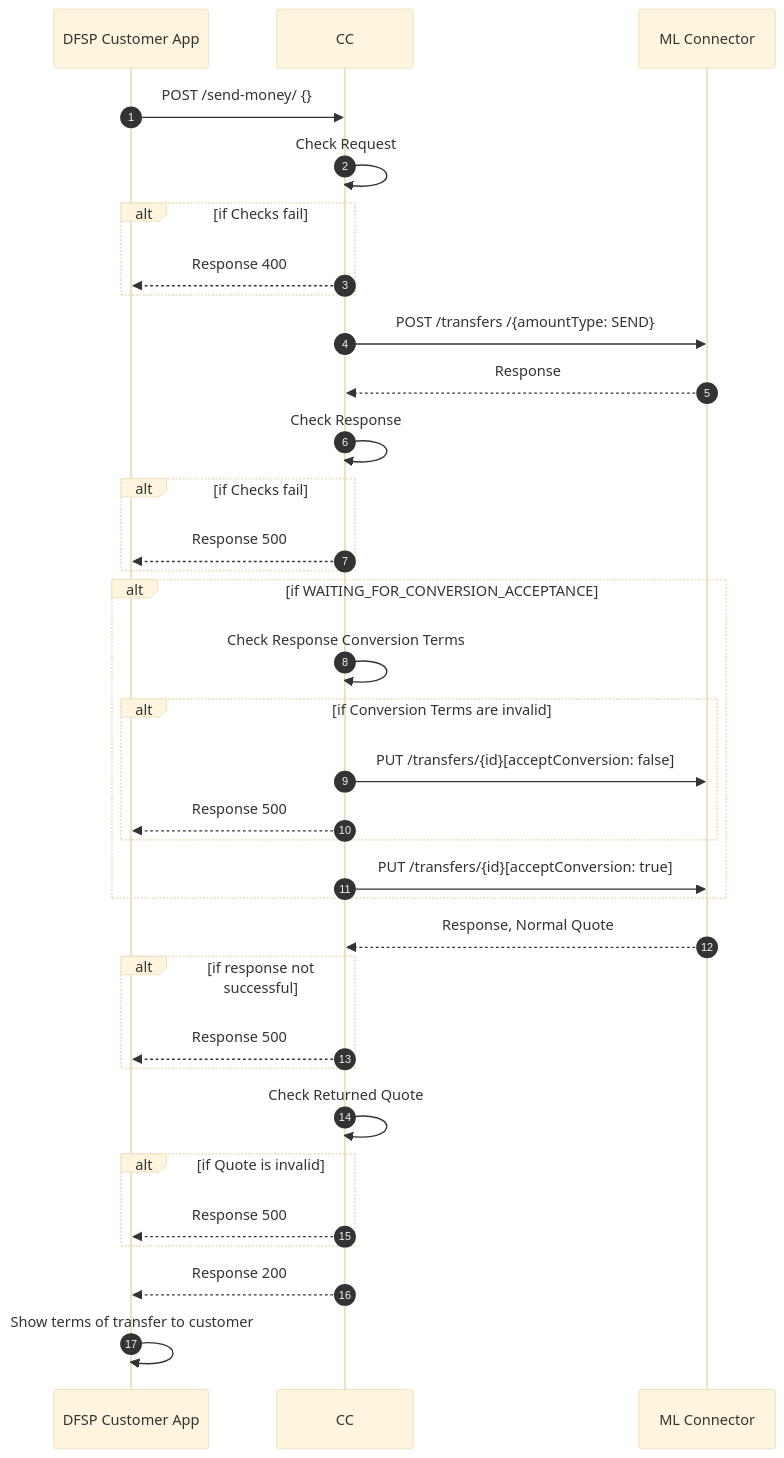
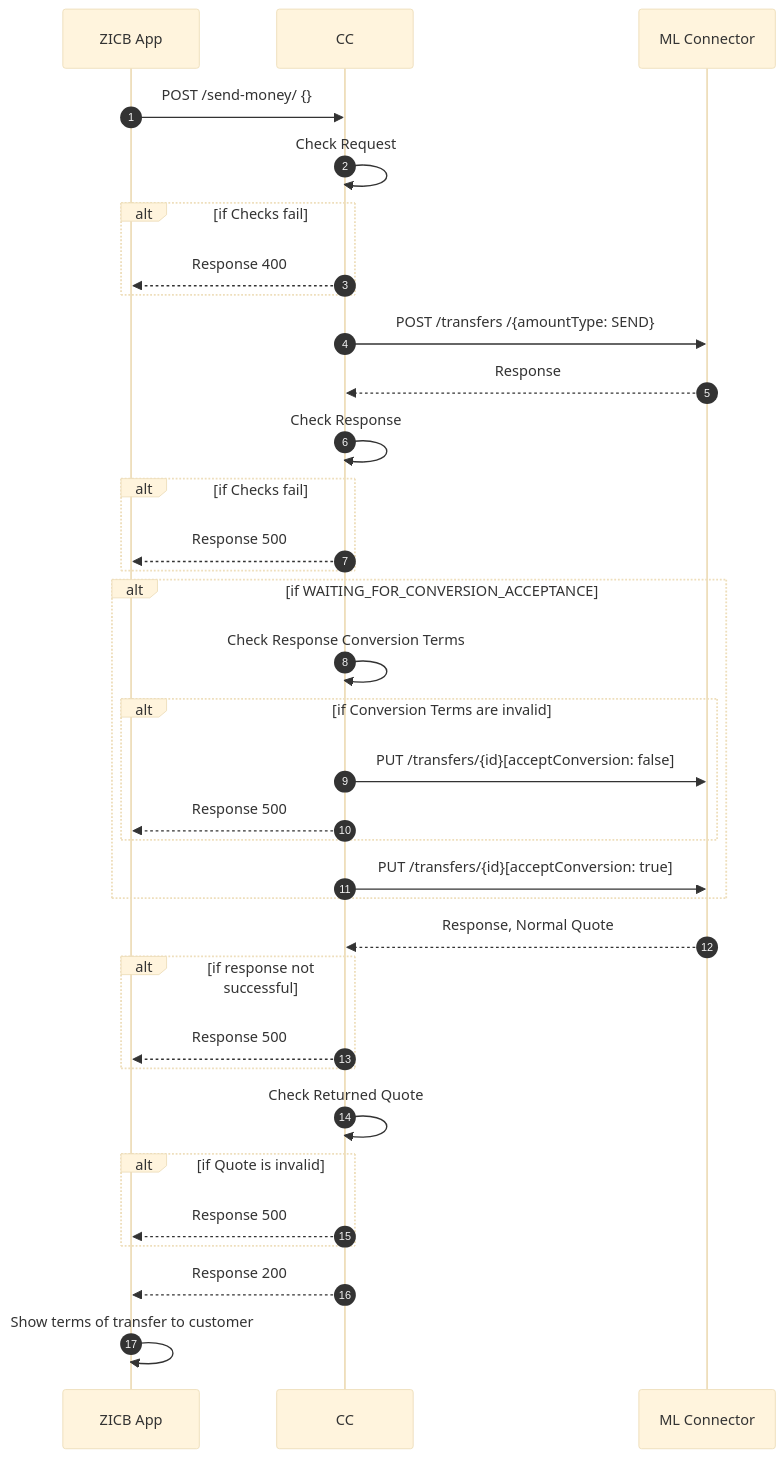
One commit to mojaloop/ml-reference-connectors changed the diagram in zicb-zm-core-connector/docs/payer/payer-send-money.md. Above: the diagram before and after it, drawn with Mermaid (base theme). The commit also changed other lines of this file and 12 other files, not shown here.

Commit message:
chore: updated sequence diagrams

````diff
--- a/zicb-zm-core-connector/docs/payer/payer-send-money.md
+++ b/zicb-zm-core-connector/docs/payer/payer-send-money.md
@@ -3,34 +3,34 @@
 ```mermaid
 sequenceDiagram
   autoNumber
-  DFSP Customer App->>CC: POST /send-money/ {}
+  ZICB App->>CC: POST /send-money/ {}
   CC->>CC: Check Request
   Alt if Checks fail
-  CC-->>DFSP Customer App: Response 400
+  CC-->>ZICB App: Response 400
   End
   CC->>ML Connector: POST /transfers /{amountType: SEND} 
   ML Connector-->>CC: Response
   CC->> CC: Check Response
   Alt if Checks fail
-  CC-->>DFSP Customer App: Response 500
+  CC-->>ZICB App: Response 500
   End
 
   Alt if WAITING_FOR_CONVERSION_ACCEPTANCE
   CC->>CC: Check Response Conversion Terms
   Alt if Conversion Terms are invalid
   CC->>ML Connector: PUT /transfers/{id}[acceptConversion: false]
-  CC-->>DFSP Customer App: Response 500
+  CC-->>ZICB App: Response 500
   End
   CC->>ML Connector: PUT /transfers/{id}[acceptConversion: true]
   End
   ML Connector-->>CC:Response, Normal Quote
   Alt if response not successful
-  CC-->>DFSP Customer App: Response 500
+  CC-->>ZICB App: Response 500
   End
   CC->>CC: Check Returned Quote
   Alt if Quote is invalid
-  CC-->>DFSP Customer App: Response 500
+  CC-->>ZICB App: Response 500
   End
-  CC-->>DFSP Customer App: Response 200
-  DFSP Customer App->>DFSP Customer App:Show terms of transfer to customer
+  CC-->>ZICB App: Response 200
+  ZICB App->>ZICB App:Show terms of transfer to customer
 ```
````
